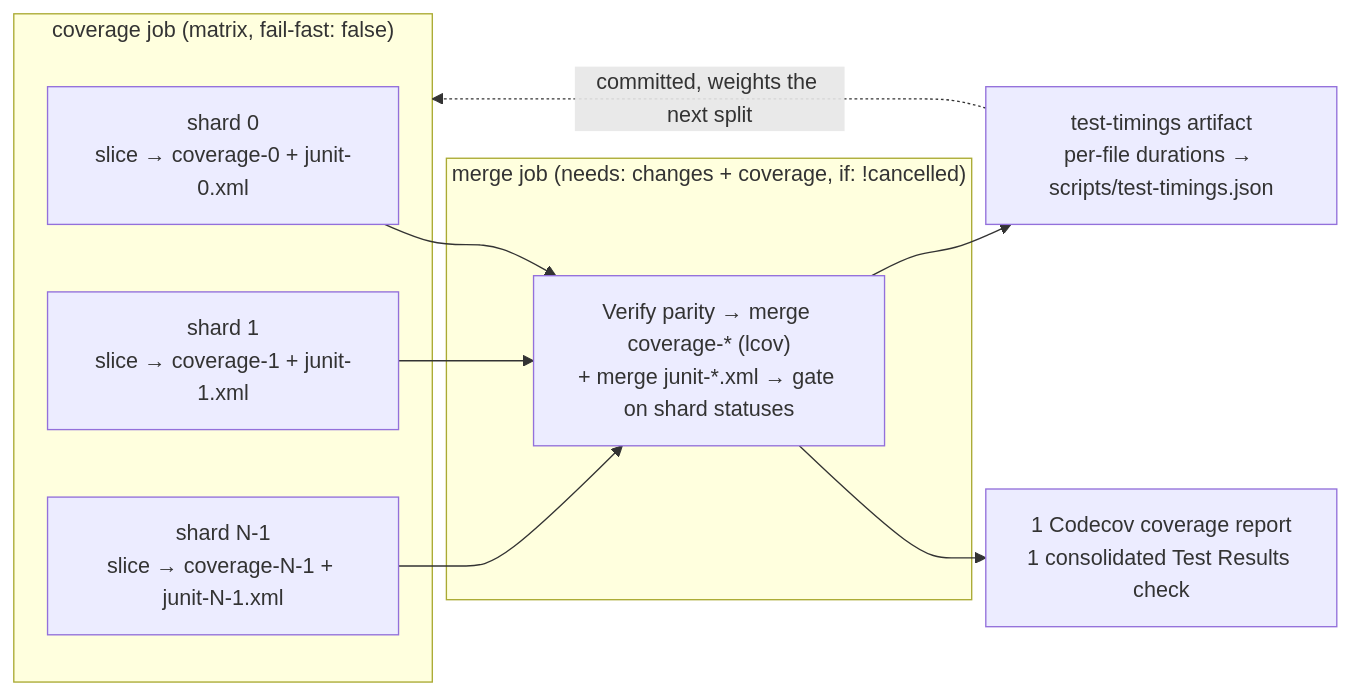
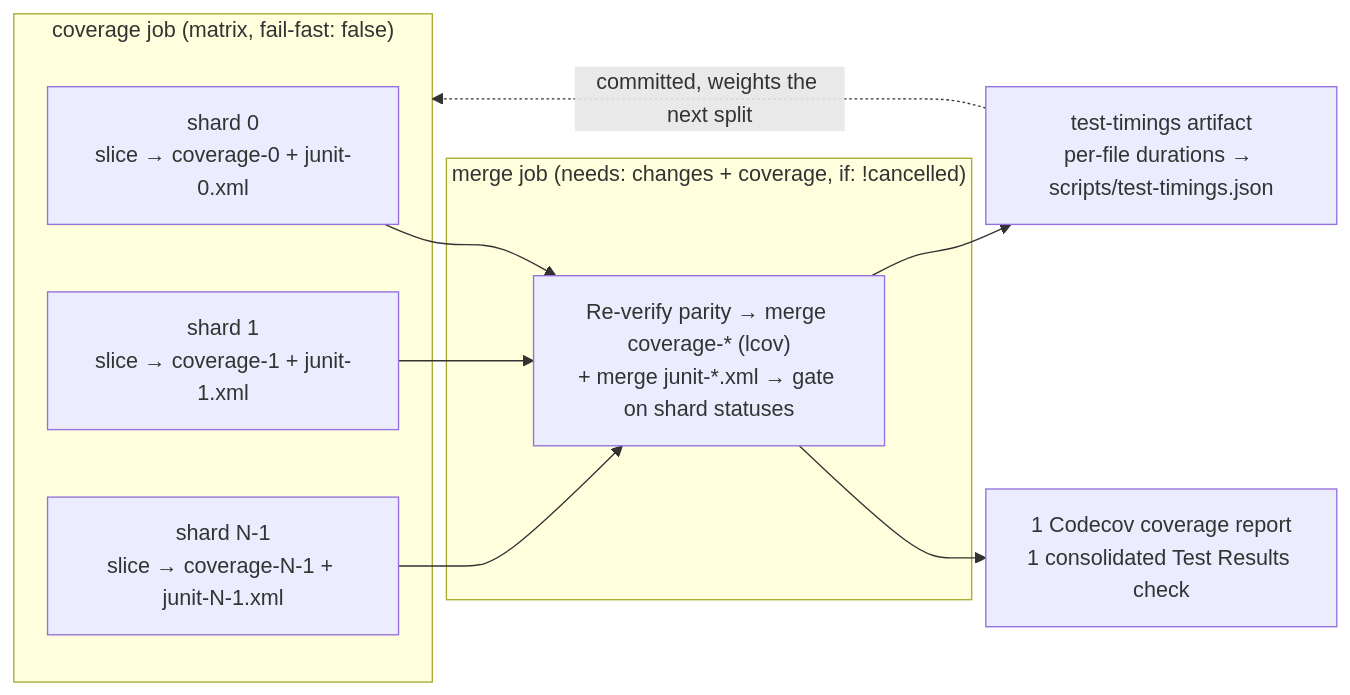
Before and after one commit to stSoftwareAU/NEAT-AI: the second of 5 diagrams in docs/troubleshooting/CI.md, drawn with Mermaid. The commit also changed other lines of this file and 6 other files, not shown here.

First line of the commit message:
Shard partition parity and coverage-loss gates run only in the non-required 'Merge coverage & results' job, so their failures do not block a merge (Issue #4125) (#4129)

````diff
--- a/docs/troubleshooting/CI.md
+++ b/docs/troubleshooting/CI.md
@@ -109,17 +111,17 @@
 ```mermaid
 flowchart LR
     subgraph coverage["coverage job (matrix, fail-fast: false)"]
         S0["shard 0<br/>slice → coverage-0 + junit-0.xml"]
         S1["shard 1<br/>slice → coverage-1 + junit-1.xml"]
         SN["shard N-1<br/>slice → coverage-N-1 + junit-N-1.xml"]
     end
     S0 --> M
     S1 --> M
     SN --> M
     subgraph merge["merge job (needs: changes + coverage, if: !cancelled)"]
-        M["Verify parity → merge coverage-* (lcov)<br/>+ merge junit-*.xml → gate on shard statuses"]
+        M["Re-verify parity → merge coverage-* (lcov)<br/>+ merge junit-*.xml → gate on shard statuses"]
     end
     M --> C["1 Codecov coverage report<br/>1 consolidated Test Results check"]
     M --> T["test-timings artifact<br/>per-file durations → scripts/test-timings.json"]
     T -. "committed, weights the next split" .-> coverage
 ```
````
